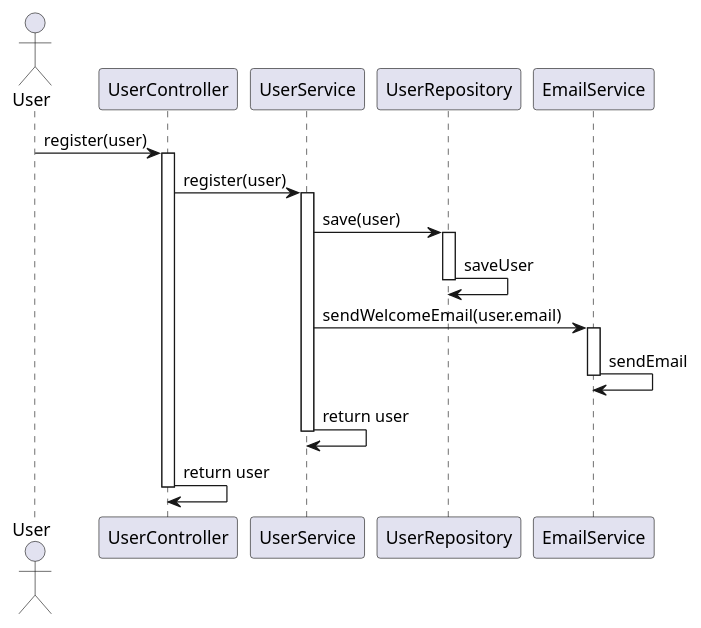
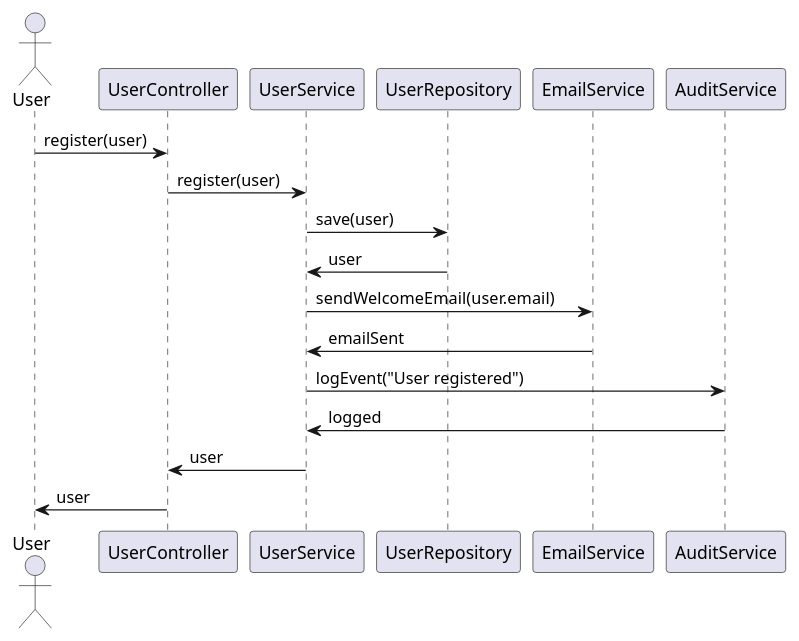
One commit to Dinesh-s95/AutoDoc.ai changed the first of 6 diagrams in identityprovider/documentation/detaileddesign.adoc. Above: the diagram before and after it, drawn with PlantUML. The commit also changed other lines of this file and 4 other files, not shown here.

````diff
--- a/identityprovider/documentation/detaileddesign.adoc
+++ b/identityprovider/documentation/detaileddesign.adoc
@@ -304,32 +301,21 @@
-[plantuml, "user-registration-sequence", png]
-----
+```plantuml
 @startuml
 actor User
 participant UserController
 participant UserService
 participant UserRepository
 participant EmailService
+participant AuditService
 
 User -> UserController : register(user)
-activate UserController
-
 UserController -> UserService : register(user)
-activate UserService
-
 UserService -> UserRepository : save(user)
-activate UserRepository
-UserRepository -> UserRepository : saveUser
-deactivate UserRepository
-
+UserRepository -> UserService : user
 UserService -> EmailService : sendWelcomeEmail(user.email)
-activate EmailService
-EmailService -> EmailService : sendEmail
-deactivate EmailService
-
-UserService -> UserService : return user
-deactivate UserService
-
-UserController -> UserController : return user
-deactivate UserController
+EmailService -> UserService : emailSent
+UserService -> AuditService : logEvent("User registered")
+AuditService -> UserService : logged
+UserService -> UserController : user
+UserController -> User : user
 @enduml
-----
+```
````
